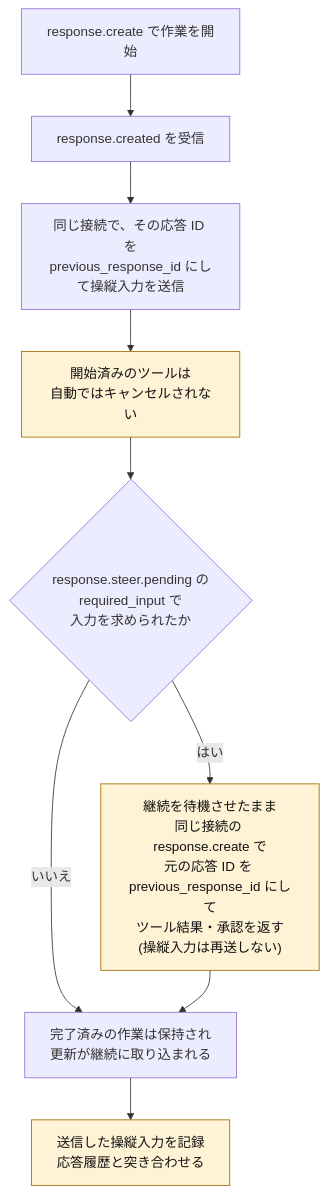
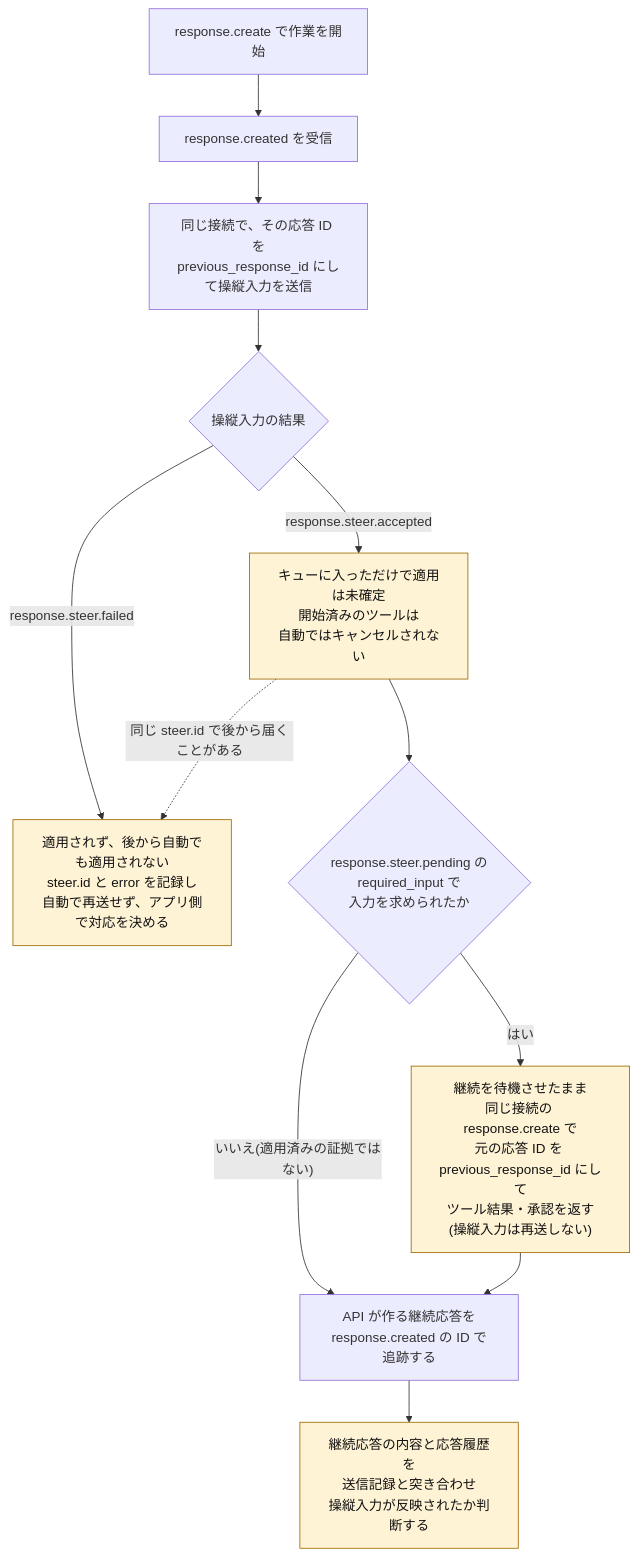
Before and after one commit to myoshi2891/Comparison-of-LLMs: the eighth of 12 diagrams in Openai-gpt-6-astra-best-practices-guide.md, drawn with Mermaid. The commit also changed other lines of this file, not shown here.

Commit message:
docs(openai): clarify configuration re-specification after compaction, async tool completion flow, and steering failure handling for Astra guide

````diff
--- a/Openai-gpt-6-astra-best-practices-guide.md
+++ b/Openai-gpt-6-astra-best-practices-guide.md
@@ -530,13 +533,16 @@
 ```mermaid
 flowchart TB
   A["response.create で作業を開始"] --> B["response.created を受信"]
   B --> C["同じ接続で、その応答 ID を<br/>previous_response_id にして操縦入力を送信"]
-  C --> T["開始済みのツールは<br/>自動ではキャンセルされない"]
+  C --> S{"操縦入力の結果"}
+  S -- "response.steer.accepted" --> T["キューに入っただけで適用は未確定<br/>開始済みのツールは<br/>自動ではキャンセルされない"]
+  S -- "response.steer.failed" --> F["適用されず、後から自動でも適用されない<br/>steer.id と error を記録し<br/>自動で再送せず、アプリ側で対応を決める"]
+  T -. "同じ steer.id で後から届くことがある" .-> F
   T --> P{"response.steer.pending の<br/>required_input で<br/>入力を求められたか"}
-  P -- "いいえ" --> D["完了済みの作業は保持され<br/>更新が継続に取り込まれる"]
+  P -- "いいえ(適用済みの証拠ではない)" --> D["API が作る継続応答を<br/>response.created の ID で追跡する"]
   P -- "はい" --> W["継続を待機させたまま<br/>同じ接続の response.create で<br/>元の応答 ID を previous_response_id にして<br/>ツール結果・承認を返す<br/>(操縦入力は再送しない)"]
   W --> D
-  D --> E["送信した操縦入力を記録<br/>応答履歴と突き合わせる"]
+  D --> E["継続応答の内容と応答履歴を<br/>送信記録と突き合わせ<br/>操縦入力が反映されたか判断する"]
   classDef warn fill:#fff3d6,stroke:#a06a00,color:#111
-  class T,W,E warn
+  class T,F,W,E warn
 ```
````
